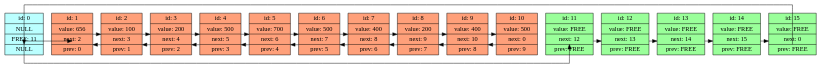
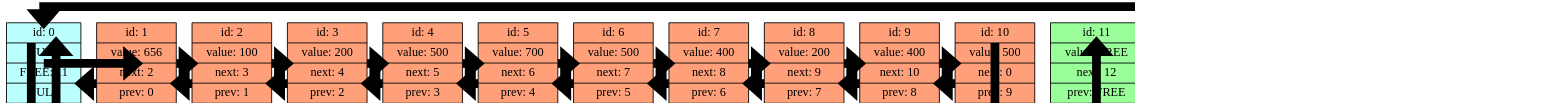
The diagram in dump/list_graph.dot (Troll0ton/List), drawn with Graphviz before and after one commit. The commit also changed 9 other files, not shown here.

Commit message:
some changes in graphviz

```diff
--- a/dump/list_graph.dot
+++ b/dump/list_graph.dot
@@ -1,64 +1,69 @@
 digraph structs {                                                                  
 rankdir = TB;                                                                      
+graph [dpi = 100];                                                                 
+ranksep = 1.5;                                                                     
+edge[penwidth = 10];                                                               
 cell0 [style = filled, color = black, fillcolor = paleturquoise1,                  
 shape=record,label = " { <nul> id: 0 | NULL | <frn> FREE: 11 | <prv> NULL } " ]; 
 cell1 [style = filled, color = black, fillcolor = lightsalmon, shape=record,label = " { <idk> id: 1 | value:                   656 |<nxt> next:     2 | <prv> prev:     0} " ];
 cell2 [style = filled, color = black, fillcolor = lightsalmon, shape=record,label = " { <idk> id: 2 | value:                   100 |<nxt> next:     3 | <prv> prev:     1} " ];
 cell3 [style = filled, color = black, fillcolor = lightsalmon, shape=record,label = " { <idk> id: 3 | value:                   200 |<nxt> next:     4 | <prv> prev:     2} " ];
 cell4 [style = filled, color = black, fillcolor = lightsalmon, shape=record,label = " { <idk> id: 4 | value:                   500 |<nxt> next:     5 | <prv> prev:     3} " ];
 cell5 [style = filled, color = black, fillcolor = lightsalmon, shape=record,label = " { <idk> id: 5 | value:                   700 |<nxt> next:     6 | <prv> prev:     4} " ];
 cell6 [style = filled, color = black, fillcolor = lightsalmon, shape=record,label = " { <idk> id: 6 | value:                   500 |<nxt> next:     7 | <prv> prev:     5} " ];
 cell7 [style = filled, color = black, fillcolor = lightsalmon, shape=record,label = " { <idk> id: 7 | value:                   400 |<nxt> next:     8 | <prv> prev:     6} " ];
 cell8 [style = filled, color = black, fillcolor = lightsalmon, shape=record,label = " { <idk> id: 8 | value:                   200 |<nxt> next:     9 | <prv> prev:     7} " ];
 cell9 [style = filled, color = black, fillcolor = lightsalmon, shape=record,label = " { <idk> id: 9 | value:                   400 |<nxt> next:    10 | <prv> prev:     8} " ];
 cell10 [style = filled, color = black, fillcolor = lightsalmon, shape=record,label = " { <idk> id: 10 | value:                   500 |<nxt> next:     0 | <prv> prev:     9} " ];
+cell10: <idk> -> cell0: <nul> [weight = 5];
   cell11 [style = filled , color = black, fillcolor = palegreen1,  shape=record,label = " { <idk> id: 11 | value: FREE           | <frn> next:    12 | <prv> prev: FREE } " ];
   cell12 [style = filled , color = black, fillcolor = palegreen1,  shape=record,label = " { <idk> id: 12 | value: FREE           | <frn> next:    13 | <prv> prev: FREE } " ];
   cell13 [style = filled , color = black, fillcolor = palegreen1,  shape=record,label = " { <idk> id: 13 | value: FREE           | <frn> next:    14 | <prv> prev: FREE } " ];
   cell14 [style = filled , color = black, fillcolor = palegreen1,  shape=record,label = " { <idk> id: 14 | value: FREE           | <frn> next:    15 | <prv> prev: FREE } " ];
   cell15 [style = filled , color = black, fillcolor = palegreen1,  shape=record,label = " { <idk> id: 15 | value: FREE           | <frn> next:     0 | <prv> prev: FREE } " ];
 cell0 -> cell1 [weight = 5, style = invis];
 cell1 -> cell2 [weight = 5, style = invis];
 cell2 -> cell3 [weight = 5, style = invis];
 cell3 -> cell4 [weight = 5, style = invis];
 cell4 -> cell5 [weight = 5, style = invis];
 cell5 -> cell6 [weight = 5, style = invis];
 cell6 -> cell7 [weight = 5, style = invis];
 cell7 -> cell8 [weight = 5, style = invis];
 cell8 -> cell9 [weight = 5, style = invis];
 cell9 -> cell10 [weight = 5, style = invis];
 cell10 -> cell11 [weight = 5, style = invis];
 cell11 -> cell12 [weight = 5, style = invis];
 cell12 -> cell13 [weight = 5, style = invis];
 cell13 -> cell14 [weight = 5, style = invis];
 cell14 -> cell15 [weight = 5, style = invis];
 
 splines = ortho
-{ rank = same;   cell0; cell1; cell2; cell3; cell4; cell5; cell6; cell7; cell8; cell9; cell10; cell11; cell12; cell13; cell14; cell15; }
- edge[constraint = false]
+{rank = same;   cell0; cell1; cell2; cell3; cell4; cell5; cell6; cell7; cell8; cell9; cell10; cell11; cell12; cell13; cell14; cell15; }
+ 
 cell1: <nxt> -> cell2: <nxt> [weight = 5];
 cell2: <prv> -> cell1: <prv> [weight = 5];
 cell2: <nxt> -> cell3: <nxt> [weight = 5];
 cell3: <prv> -> cell2: <prv> [weight = 5];
 cell3: <nxt> -> cell4: <nxt> [weight = 5];
 cell4: <prv> -> cell3: <prv> [weight = 5];
 cell4: <nxt> -> cell5: <nxt> [weight = 5];
 cell5: <prv> -> cell4: <prv> [weight = 5];
 cell5: <nxt> -> cell6: <nxt> [weight = 5];
 cell6: <prv> -> cell5: <prv> [weight = 5];
 cell6: <nxt> -> cell7: <nxt> [weight = 5];
 cell7: <prv> -> cell6: <prv> [weight = 5];
 cell7: <nxt> -> cell8: <nxt> [weight = 5];
 cell8: <prv> -> cell7: <prv> [weight = 5];
 cell8: <nxt> -> cell9: <nxt> [weight = 5];
 cell9: <prv> -> cell8: <prv> [weight = 5];
 cell9: <nxt> -> cell10: <nxt> [weight = 5];
 cell10: <prv> -> cell9: <prv> [weight = 5];
 cell0:  <nul> -> cell1: <idk> [weight = 5];  
-cell15: <prv> -> cell0: <prv> [weight = 5];  
-cell0: <frn> -> cell11: <frn> [weight = 5];
+cell15: <idk> -> cell0: <nul> [weight = 5];  
+cell1:  <prv> -> cell0: <prv> [weight = 5];  
+cell0: <nul> -> cell11: <idk> [weight = 5];
 cell11: <frn> -> cell12: <frn> [weight = 5];
 cell12: <frn> -> cell13: <frn> [weight = 5];
 cell13: <frn> -> cell14: <frn> [weight = 5];
 cell14: <frn> -> cell15: <frn> [weight = 5];
 }
```
